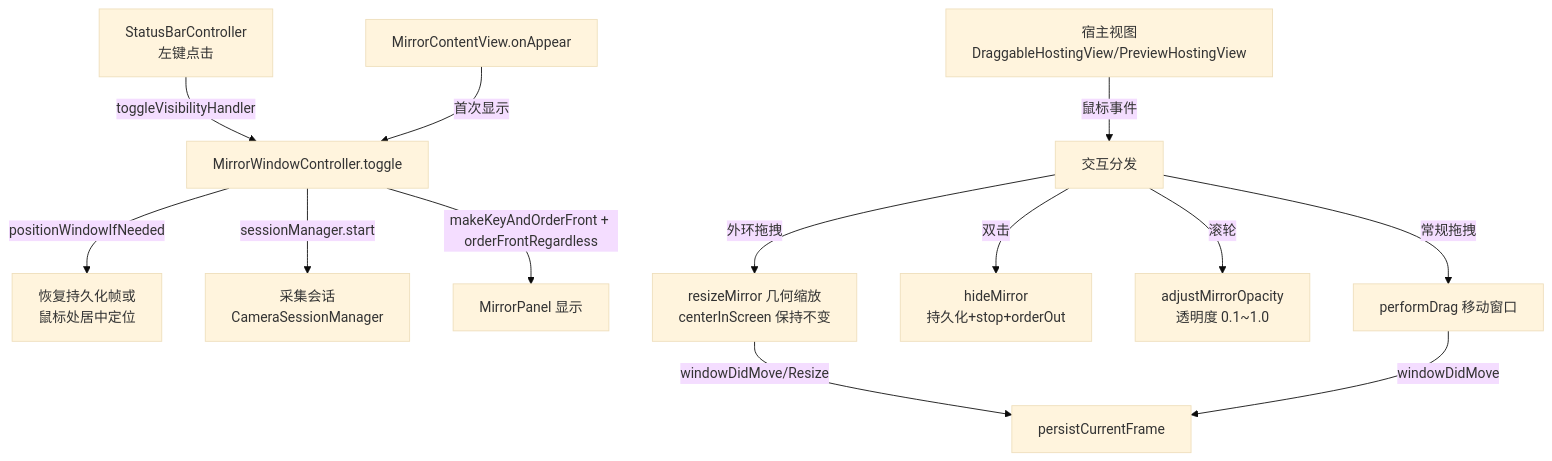
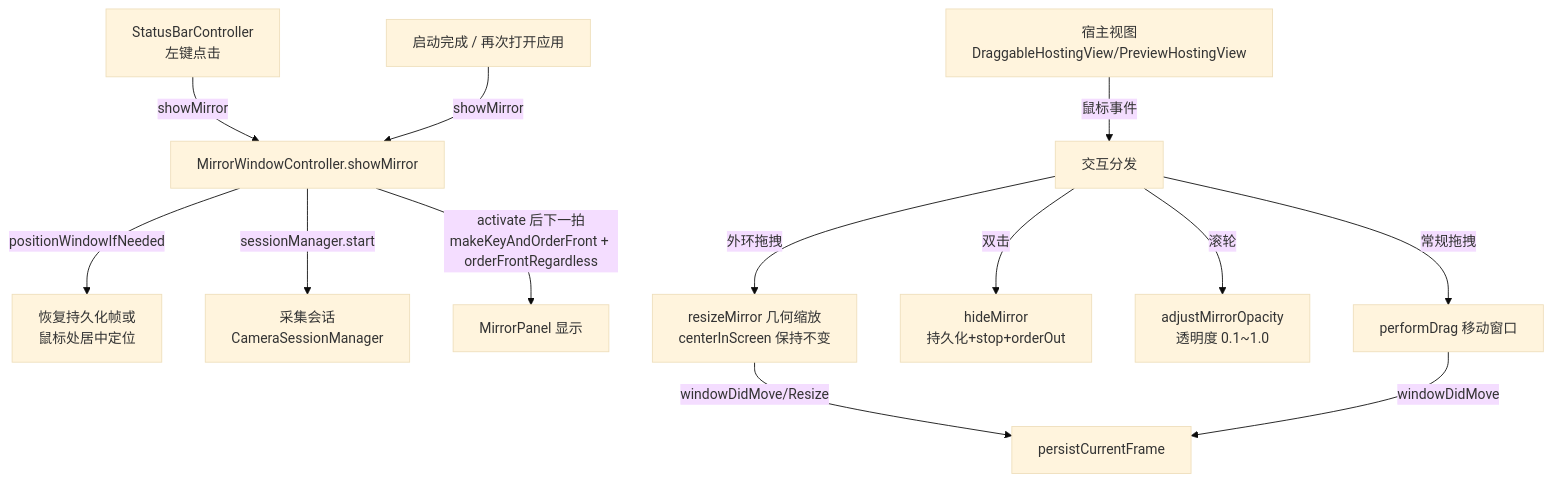
One commit to x0c/Mirror changed the first of 3 diagrams in docs/MIRROR_WINDOW_KNOWLEDGE_BASE.md. Above: the diagram before and after it, drawn with Mermaid (base theme). The commit also changed other lines of this file and 8 other files, not shown here.

````diff
--- a/docs/MIRROR_WINDOW_KNOWLEDGE_BASE.md
+++ b/docs/MIRROR_WINDOW_KNOWLEDGE_BASE.md
@@ -46,15 +46,15 @@
 ```mermaid
 graph TD
-    A[StatusBarController<br/>左键点击] -->|toggleVisibilityHandler| B[MirrorWindowController.toggle]
-    C[MirrorContentView.onAppear] -->|首次显示| B
+    A[StatusBarController<br/>左键点击] -->|showMirror| B[MirrorWindowController.showMirror]
+    C[启动完成 / 再次打开应用] -->|showMirror| B
     B -->|positionWindowIfNeeded| D[恢复持久化帧或<br/>鼠标处居中定位]
     B -->|sessionManager.start| E[采集会话<br/>CameraSessionManager]
-    B -->|makeKeyAndOrderFront + orderFrontRegardless| F[MirrorPanel 显示]
+    B -->|activate 后下一拍<br/>makeKeyAndOrderFront + orderFrontRegardless| F[MirrorPanel 显示]
     G[宿主视图<br/>DraggableHostingView/PreviewHostingView] -->|鼠标事件| H[交互分发]
     H -->|外环拖拽| I[resizeMirror 几何缩放<br/>centerInScreen 保持不变]
     H -->|双击| J[hideMirror<br/>持久化+stop+orderOut]
     H -->|滚轮| K[adjustMirrorOpacity<br/>透明度 0.1~1.0]
     H -->|常规拖拽| L[performDrag 移动窗口]
     I -->|windowDidMove/Resize| M[persistCurrentFrame]
     L -->|windowDidMove| M
 ```
````
